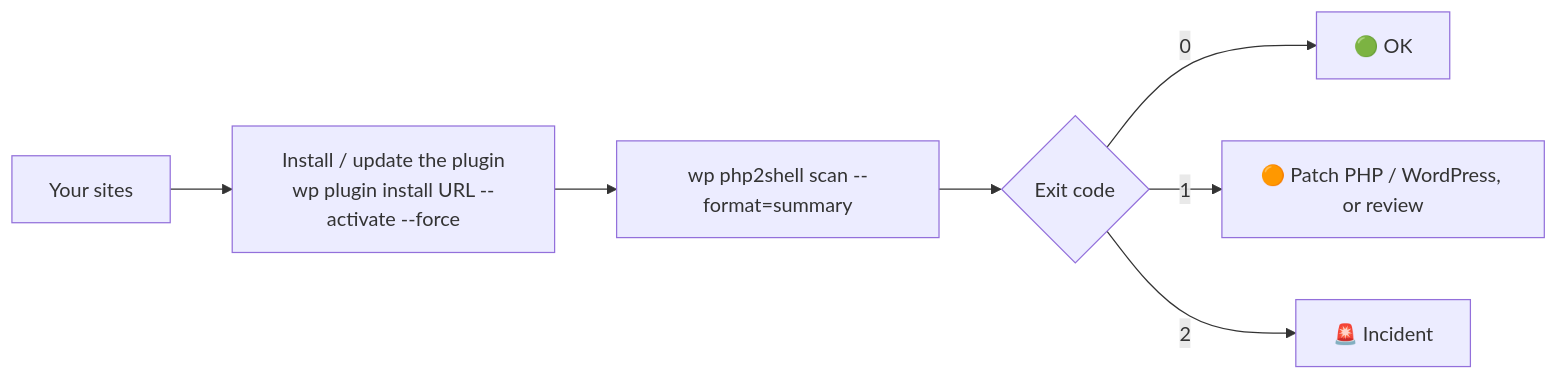
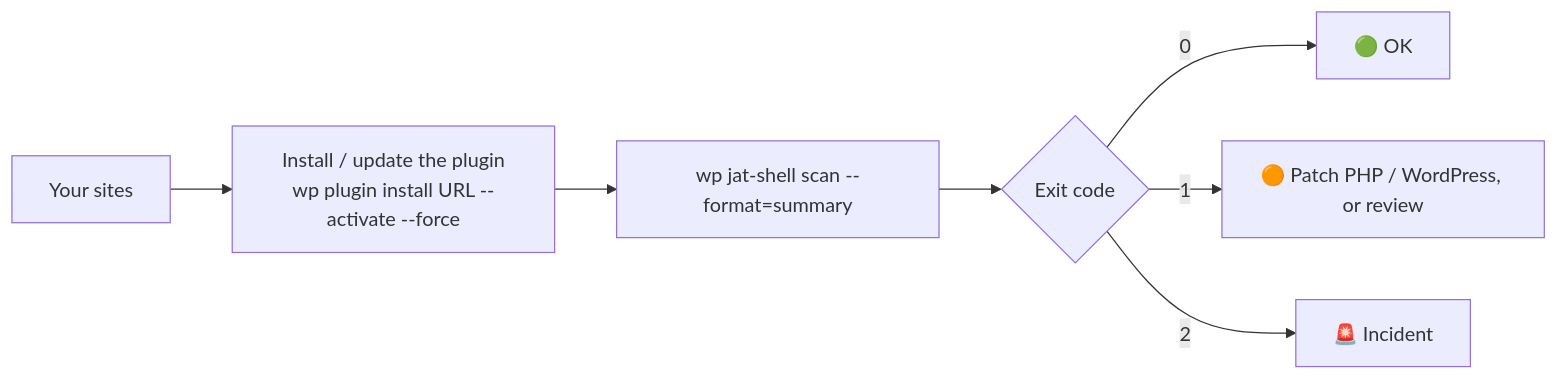
Diagram 13 of 17 in README.md (CptNope/JAT-Shell-Scanner), drawn with Mermaid before and after one commit. The commit also changed other lines of this file and 18 other files, not shown here.

First line of the commit message:
Use the JAT Shell Scanner name everywhere

````diff
--- a/README.md
+++ b/README.md
@@ -782,9 +782,9 @@
 ```mermaid
 flowchart LR
     A["Your sites"] --> B["Install / update the plugin<br/>wp plugin install URL --activate --force"]
-    B --> C["wp php2shell scan --format=summary"]
+    B --> C["wp jat-shell scan --format=summary"]
     C --> D{"Exit code"}
     D -- 0 --> E["🟢 OK"]
     D -- 1 --> F["🟠 Patch PHP / WordPress, or review"]
     D -- 2 --> G["🚨 Incident"]
 ```
````
